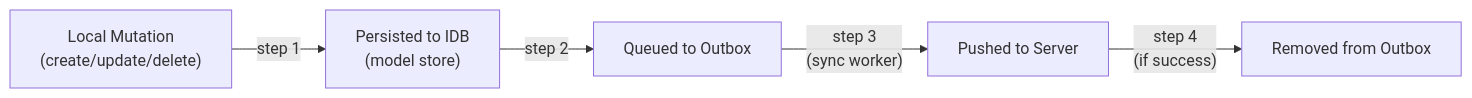
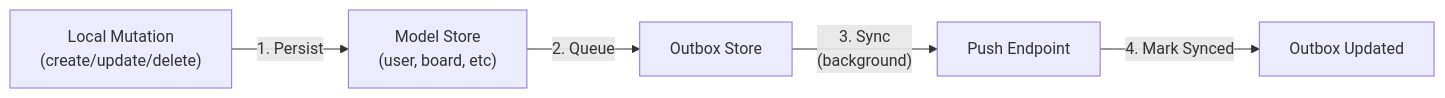
One commit to prisma-idb/idb-client-generator changed the diagram in apps/docs/content/docs/sync/(implementation)/outbox-push-pull.mdx. Above: the diagram before and after it, drawn with Mermaid. The commit also changed other lines of this file and 10 other files, not shown here.

````diff
--- a/apps/docs/content/docs/sync/(implementation)/outbox-push-pull.mdx
+++ b/apps/docs/content/docs/sync/(implementation)/outbox-push-pull.mdx
@@ -13,7 +13,7 @@
 ```mermaid
 graph LR
-  A["Local Mutation<br/>(create/update/delete)"] -->|"step 1"| B["Persisted to IDB<br/>(model store)"]
-  B -->|"step 2"| C["Queued to Outbox"]
-  C -->|"step 3<br/>(sync worker)"| D["Pushed to Server"]
-  D -->|"step 4<br/>(if success)"| E["Removed from Outbox"]
+  A["Local Mutation<br/>(create/update/delete)"] -->|"1. Persist"| B["Model Store<br/>(user, board, etc)"]
+  B -->|"2. Queue"| C["Outbox Store"]
+  C -->|"3. Sync<br/>(background)"| D["Push Endpoint"]
+  D -->|"4. Mark Synced"| E["Outbox Updated"]
 ```
````
